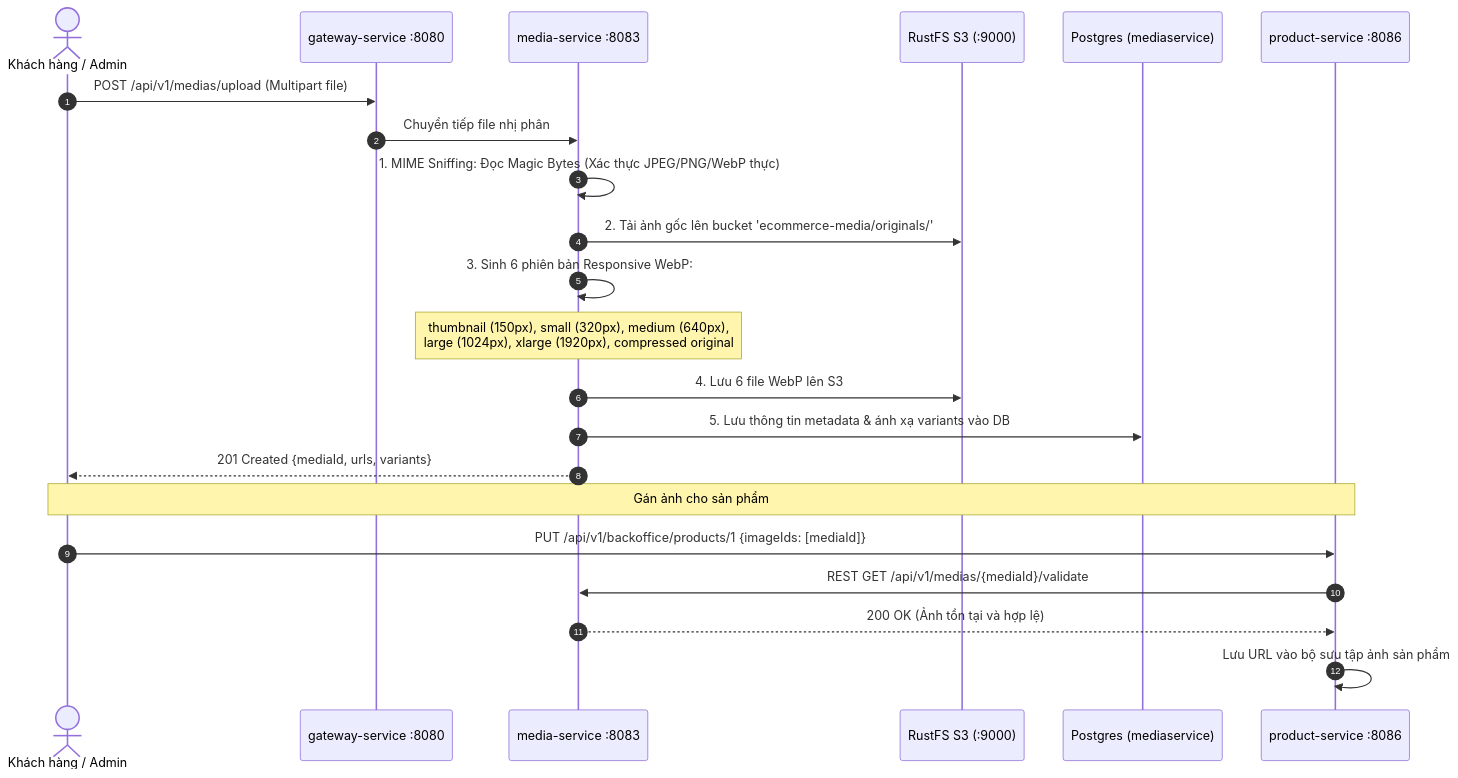
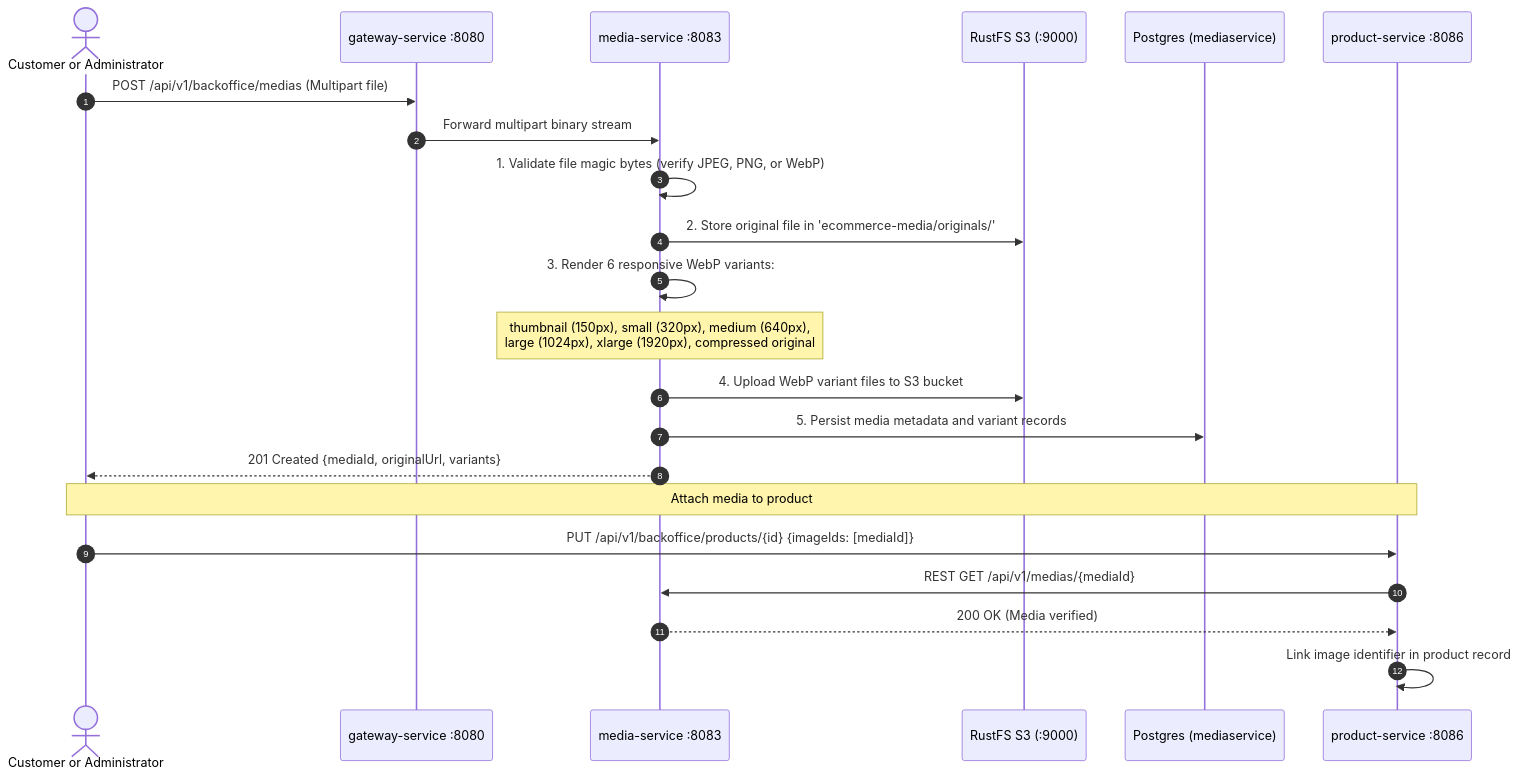
The fourth of 10 diagrams in README.md (tonminhce/petproject), drawn with Mermaid before and after one commit. The commit also changed other lines of this file and 77 other files, not shown here.

````diff
--- a/README.md
+++ b/README.md
@@ -270,26 +270,26 @@
 ```mermaid
 sequenceDiagram
     autonumber
-    actor Client as Khách hàng / Admin
+    actor Client as Customer or Administrator
     participant GW as gateway-service :8080
     participant MED as media-service :8083
     participant RUSTFS as RustFS S3 (:9000)
     participant DB as Postgres (mediaservice)
     participant PRD as product-service :8086
 
-    Client->>GW: POST /api/v1/medias/upload (Multipart file)
-    GW->>MED: Chuyển tiếp file nhị phân
-    MED->>MED: 1. MIME Sniffing: Đọc Magic Bytes (Xác thực JPEG/PNG/WebP thực)
-    MED->>RUSTFS: 2. Tải ảnh gốc lên bucket 'ecommerce-media/originals/'
-    MED->>MED: 3. Sinh 6 phiên bản Responsive WebP:
+    Client->>GW: POST /api/v1/backoffice/medias (Multipart file)
+    GW->>MED: Forward multipart binary stream
+    MED->>MED: 1. Validate file magic bytes (verify JPEG, PNG, or WebP)
+    MED->>RUSTFS: 2. Store original file in 'ecommerce-media/originals/'
+    MED->>MED: 3. Render 6 responsive WebP variants:
     Note over MED: thumbnail (150px), small (320px), medium (640px),<br/>large (1024px), xlarge (1920px), compressed original
-    MED->>RUSTFS: 4. Lưu 6 file WebP lên S3
-    MED->>DB: 5. Lưu thông tin metadata & ánh xạ variants vào DB
-    MED-->>Client: 201 Created {mediaId, urls, variants}
+    MED->>RUSTFS: 4. Upload WebP variant files to S3 bucket
+    MED->>DB: 5. Persist media metadata and variant records
+    MED-->>Client: 201 Created {mediaId, originalUrl, variants}
     
-    Note over Client,PRD: Gán ảnh cho sản phẩm
-    Client->>PRD: PUT /api/v1/backoffice/products/1 {imageIds: [mediaId]}
-    PRD->>MED: REST GET /api/v1/medias/{mediaId}/validate
-    MED-->>PRD: 200 OK (Ảnh tồn tại và hợp lệ)
-    PRD->>PRD: Lưu URL vào bộ sưu tập ảnh sản phẩm
+    Note over Client,PRD: Attach media to product
+    Client->>PRD: PUT /api/v1/backoffice/products/{id} {imageIds: [mediaId]}
+    PRD->>MED: REST GET /api/v1/medias/{mediaId}
+    MED-->>PRD: 200 OK (Media verified)
+    PRD->>PRD: Link image identifier in product record
 ```
````
